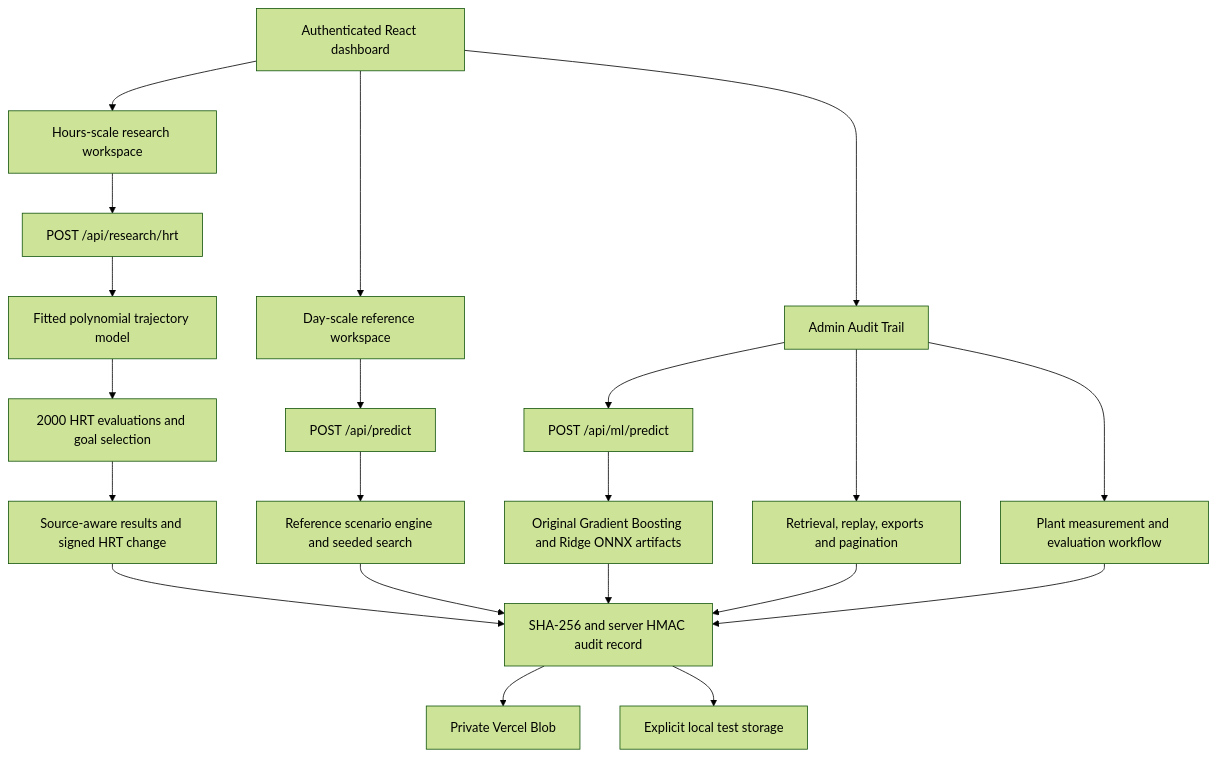
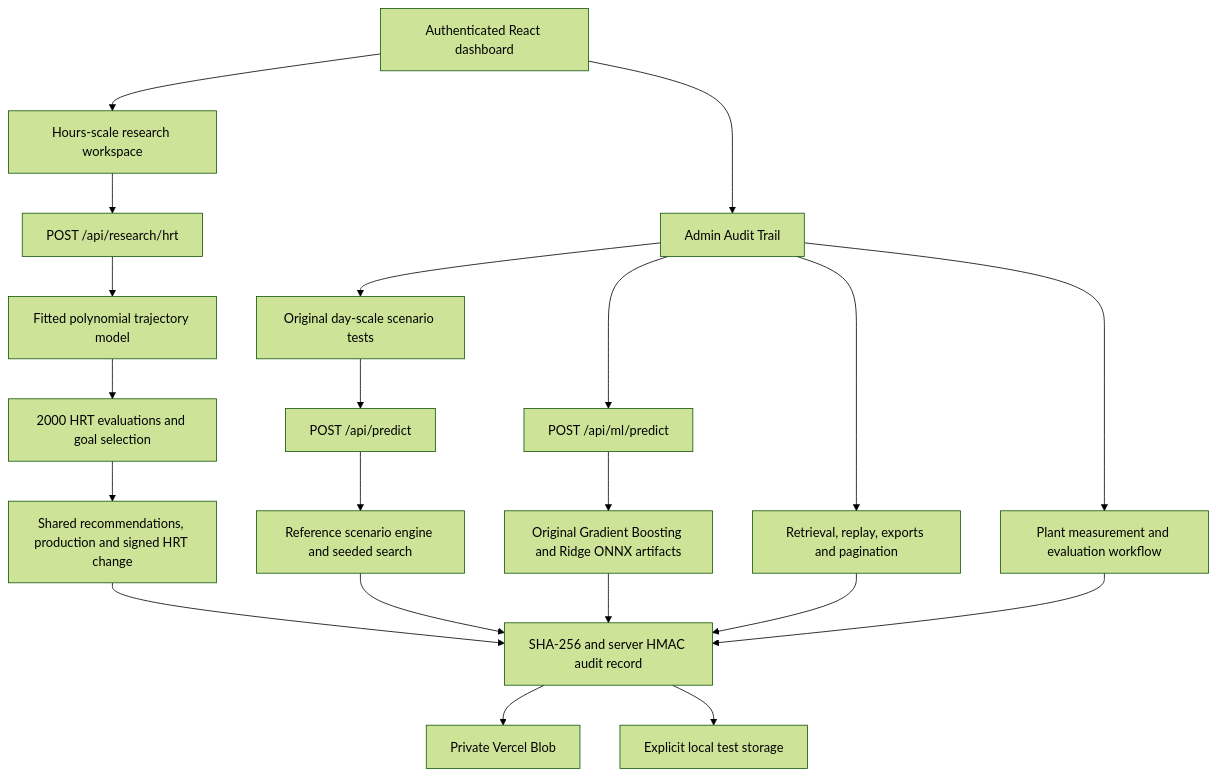
One commit to Rohit45-0/Biogas-prod changed the diagram in docs/ARCHITECTURE_2026-11-02.md. Above: the diagram before and after it, drawn with Mermaid (forest theme). The commit also changed other lines of this file and 17 other files, not shown here.

````diff
--- a/docs/ARCHITECTURE_2026-11-02.md
+++ b/docs/ARCHITECTURE_2026-11-02.md
@@ -5,23 +5,23 @@
 ```mermaid
 flowchart TD
   UI[Authenticated React dashboard] --> R[Hours-scale research workspace]
-  UI --> D[Day-scale reference workspace]
   UI --> A[Admin Audit Trail]
+  A --> D[Original day-scale scenario tests]
   R --> HR[POST /api/research/hrt]
   HR --> HM[Fitted polynomial trajectory model]
   HM --> C[2000 HRT evaluations and goal selection]
-  C --> S[Source-aware results and signed HRT change]
+  C --> S[Shared recommendations, production and signed HRT change]
   D --> P[POST /api/predict]
   P --> E[Reference scenario engine and seeded search]
   A --> ML[POST /api/ml/predict]
   ML --> ONNX[Original Gradient Boosting and Ridge ONNX artifacts]
   S --> STORE[SHA-256 and server HMAC audit record]
   E --> STORE
   ONNX --> STORE
   STORE --> B[Private Vercel Blob]
   STORE --> L[Explicit local test storage]
   A --> VERIFY[Retrieval, replay, exports and pagination]
   VERIFY --> STORE
   A --> V[Plant measurement and evaluation workflow]
   V --> STORE
 ```
````
